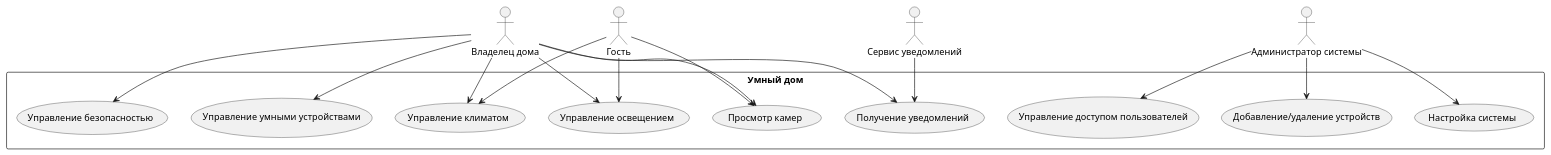
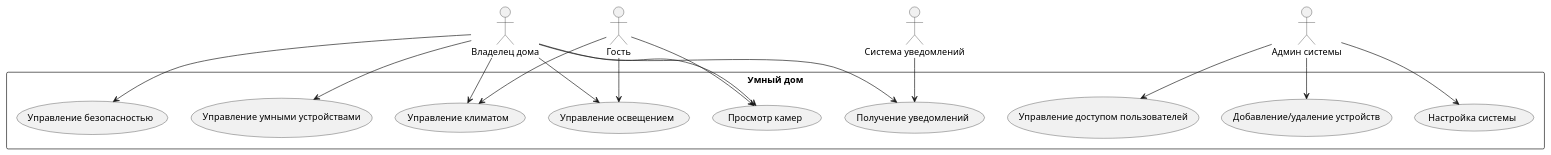
The diagram in diagrama.puml (NikitaEfremoV15/lab6), drawn with PlantUML before and after one commit.

Commit message:
Изменил в коде акторов

```diff
--- a/diagrama.puml
+++ b/diagrama.puml
@@ -1,35 +1,35 @@
 @startuml
 actor "Владелец дома" as Owner
 actor "Гость" as Guest
-actor "Администратор системы" as Admin
-actor "Сервис уведомлений" as Notifier
+actor "Админ системы" as Admin
+actor "Система уведомлений" as Notifier
 
 rectangle "Умный дом" {
     usecase "Управление освещением" as LightControl
     usecase "Управление климатом" as ClimateControl
     usecase "Управление безопасностью" as SecurityControl
     usecase "Просмотр камер" as CameraView
     usecase "Управление умными устройствами" as DeviceControl
     usecase "Получение уведомлений" as Notifications
     usecase "Настройка системы" as SystemSetup
     usecase "Добавление/удаление устройств" as DeviceManage
     usecase "Управление доступом пользователей" as AccessControl
 }
 
 Owner --> LightControl
 Owner --> ClimateControl
 Owner --> SecurityControl
 Owner --> CameraView
 Owner --> DeviceControl
 Owner --> Notifications
 
 Guest --> LightControl
 Guest --> ClimateControl
 Guest --> CameraView
 
 Admin --> SystemSetup
 Admin --> DeviceManage
 Admin --> AccessControl
 
 Notifier --> Notifications
 @enduml
```
